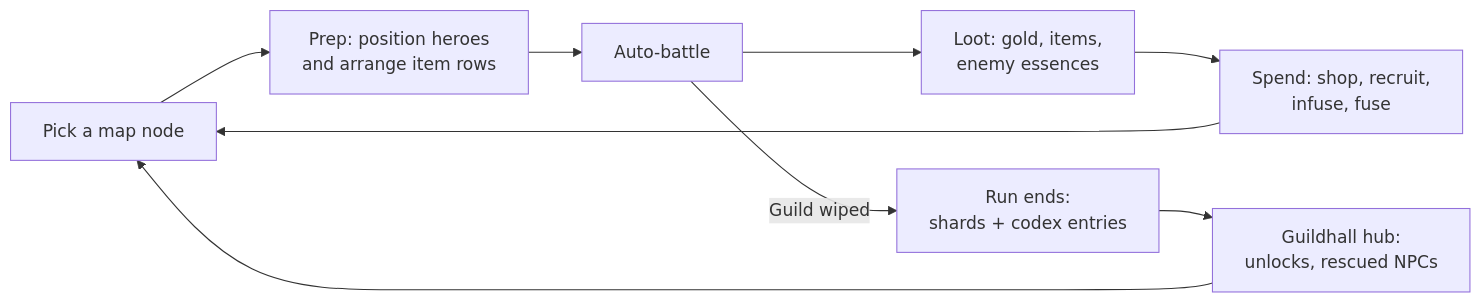
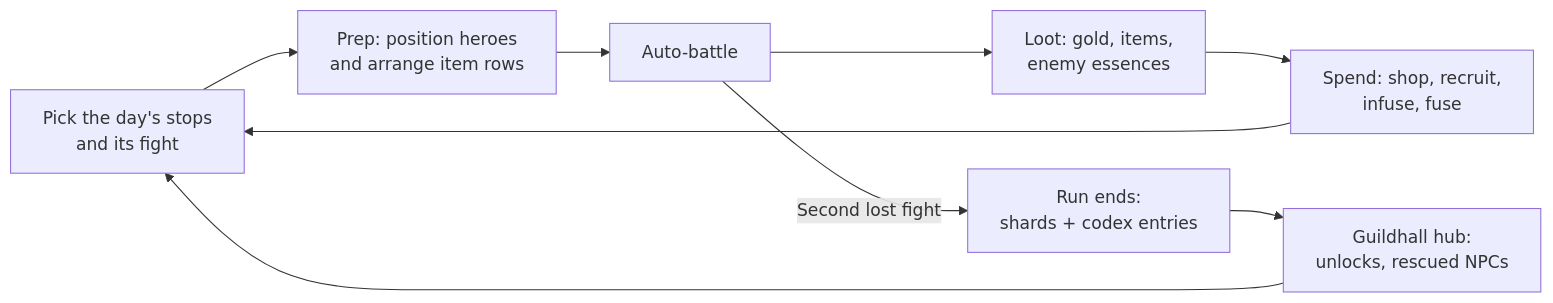
The diagram in docs/design.md (22nmcdon/Riftrite), drawn with Mermaid before and after one commit. The commit also changed other lines of this file and 2 other files, not shown here.

First line of the commit message:
Record run-layer answers; replace the map with days of stops

````diff
--- a/docs/design.md
+++ b/docs/design.md
@@ -36,11 +36,11 @@
 ```mermaid
 flowchart LR
-  A[Pick a map node] --> B[Prep: position heroes<br/>and arrange item rows]
+  A[Pick the day's stops<br/>and its fight] --> B[Prep: position heroes<br/>and arrange item rows]
   B --> C[Auto-battle]
   C --> D[Loot: gold, items,<br/>enemy essences]
   D --> E[Spend: shop, recruit,<br/>infuse, fuse]
   E --> A
-  C -->|Guild wiped| F[Run ends:<br/>shards + codex entries]
+  C -->|Second lost fight| F[Run ends:<br/>shards + codex entries]
   F --> G[Guildhall hub:<br/>unlocks, rescued NPCs]
   G --> A
 ```
````
